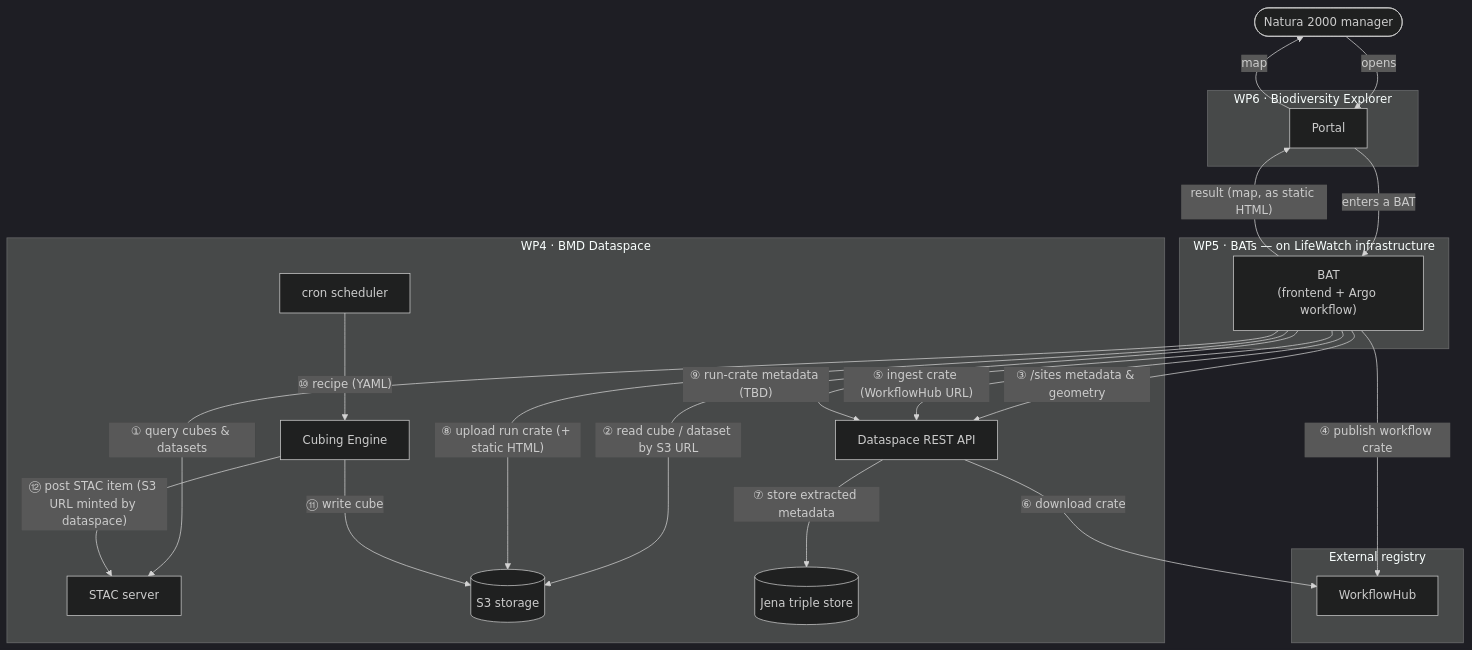
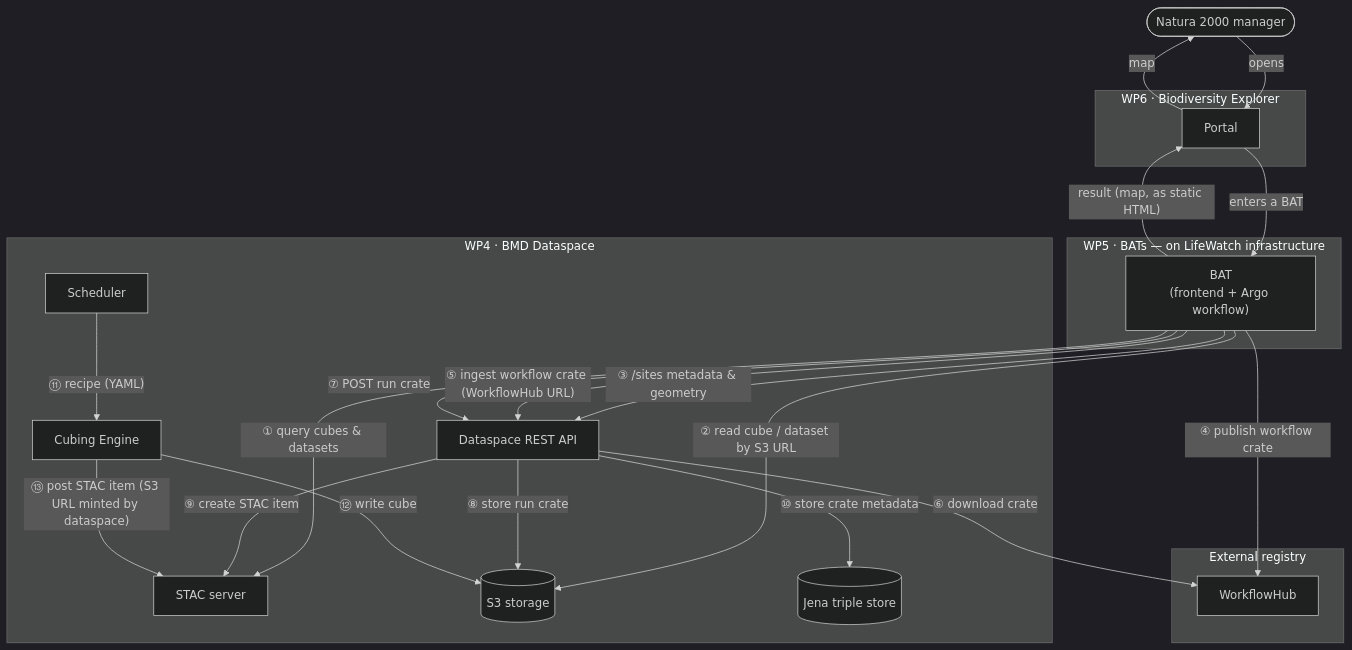
One commit to Biodiversity-Meets-Data/bmd-dataspace-api changed the eighth of 8 diagrams in Architecture.md. Above: the diagram before and after it, drawn with Mermaid (dark theme). The commit also changed other lines of this file and 1 other file, not shown here.

````diff
--- a/Architecture.md
+++ b/Architecture.md
@@ -379,45 +387,48 @@
 ```mermaid
 flowchart TB
     MGR([Natura 2000 manager])
 
     subgraph WP6["WP6 · Biodiversity Explorer"]
         EXP[Portal]
     end
 
     subgraph WP5["WP5 · BATs — on LifeWatch infrastructure"]
         BAT["BAT<br/>(frontend + Argo workflow)"]
     end
 
     subgraph EXT["External registry"]
         WH[WorkflowHub]
     end
 
     subgraph WP4["WP4 · BMD Dataspace"]
         API[Dataspace REST API]
         STAC[STAC server]
         S3[(S3 storage)]
         CE[Cubing Engine]
         TS[(Jena triple store)]
-        CRON[cron scheduler]
+        SCH[Scheduler]
     end
 
     MGR -->|opens| EXP
     EXP -->|enters a BAT| BAT
     BAT -->|" result (map, as static HTML) "| EXP
     EXP -->|map| MGR
 %% discovery and data
     BAT -->|" ① query cubes & datasets "| STAC
     BAT -->|" ② read cube / dataset by S3 URL "| S3
     BAT -->|" ③ /sites metadata & geometry "| API
-%% provenance
+%% provenance - workflow crate
     BAT -->|" ④ publish workflow crate "| WH
-    BAT -->|" ⑤ ingest crate (WorkflowHub URL) "| API
+    BAT -->|" ⑤ ingest workflow crate (WorkflowHub URL) "| API
     API -->|" ⑥ download crate "| WH
-    API -->|" ⑦ store extracted metadata "| TS
-    BAT -->|" ⑧ upload run crate (+ static HTML) "| S3
-    BAT -->|" ⑨ run-crate metadata (TBD) "| API
+%% provenance - run crate
+    BAT -->|" ⑦ POST run crate "| API
+    API -->|" ⑧ store run crate "| S3
+    API -->|" ⑨ create STAC item "| STAC
+%% shared
+    API -->|" ⑩ store crate metadata "| TS
 %% cube production
-    CRON -->|" ⑩ recipe (YAML) "| CE
-    CE -->|" ⑪ write cube "| S3
-    CE -->|" ⑫ post STAC item (S3 URL minted by dataspace) "| STAC
+    SCH -->|" ⑪ recipe (YAML) "| CE
+    CE -->|" ⑫ write cube "| S3
+    CE -->|" ⑬ post STAC item (S3 URL minted by dataspace) "| STAC
 ```
````
